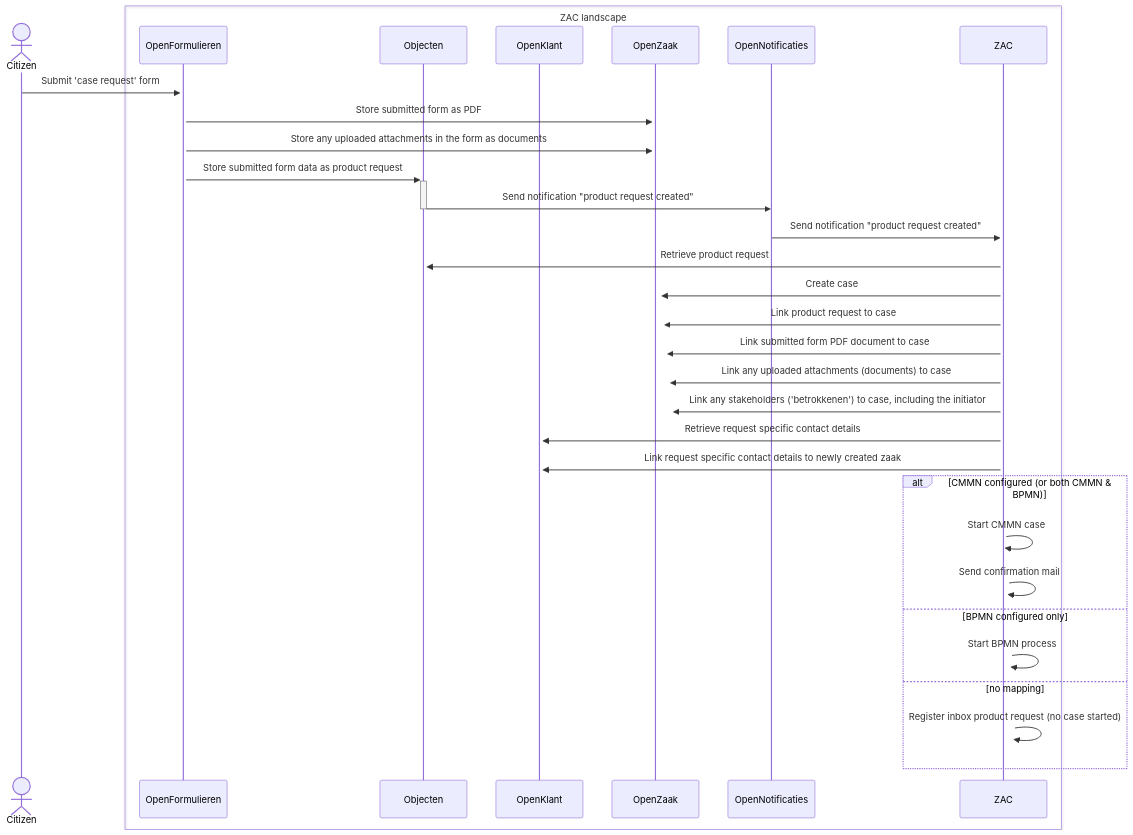
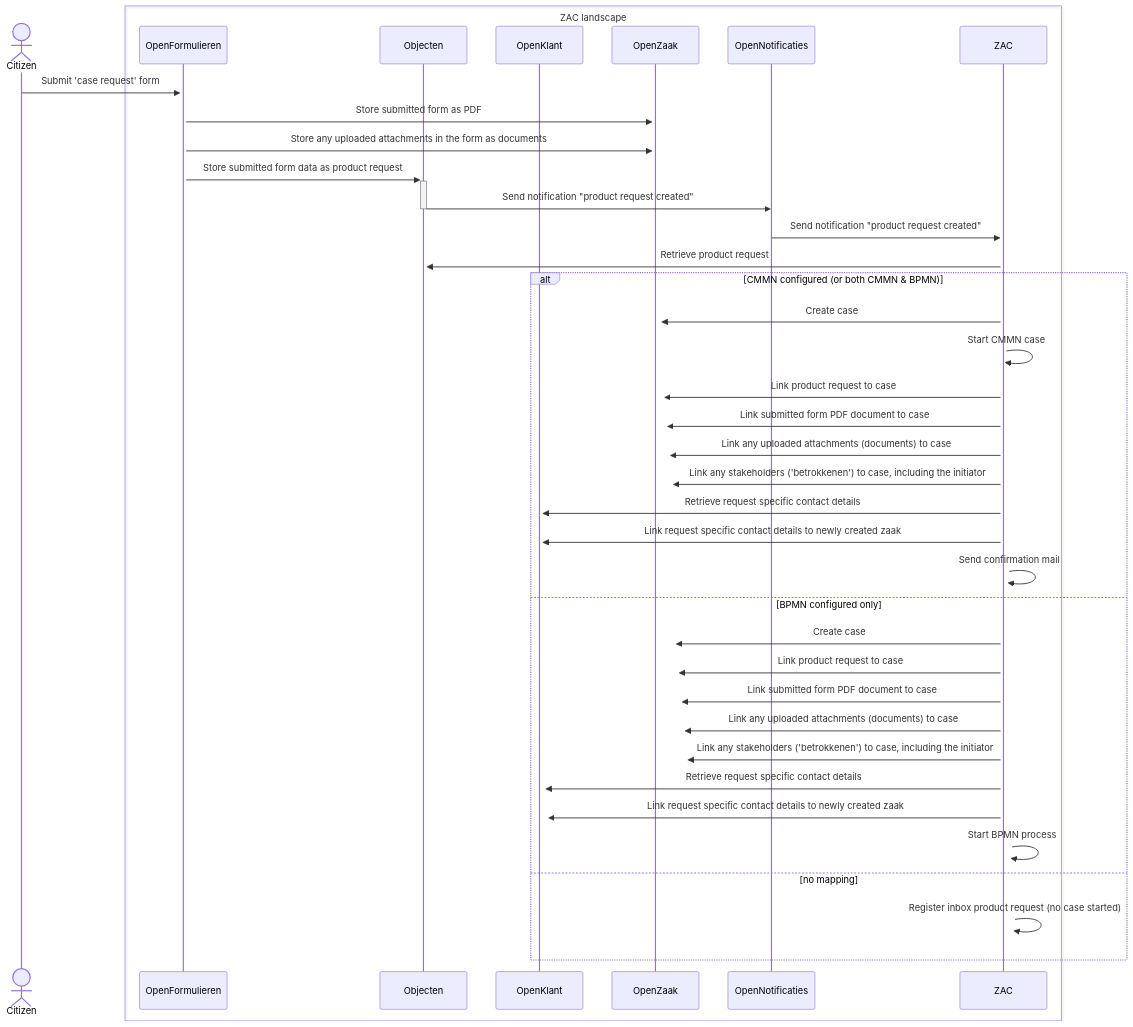
The diagram in docs/solution-architecture/productRequestSupport.md (infonl/dimpact-zaakafhandelcomponent), drawn with Mermaid before and after one commit. The commit also changed other lines of this file and 4 other files, not shown here.

````diff
--- a/docs/solution-architecture/productRequestSupport.md
+++ b/docs/solution-architecture/productRequestSupport.md
@@ -51,35 +51,42 @@
 ```mermaid
 sequenceDiagram
     actor Citizen
     box ZAC landscape
     participant OpenFormulieren
     participant Objecten
     participant OpenKlant
     participant OpenZaak
     participant OpenNotificaties
     participant ZAC
     end
 
     Citizen->>+OpenFormulieren: Submit 'case request' form
     OpenFormulieren->>+OpenZaak: Store submitted form as PDF
     OpenFormulieren->>+OpenZaak: Store any uploaded attachments in the form as documents
     OpenFormulieren->>+Objecten: Store submitted form data as product request
     Objecten->>-OpenNotificaties: Send notification "product request created"
     OpenNotificaties->>+ZAC: Send notification "product request created"
     ZAC->>+Objecten: Retrieve product request
-    ZAC->>+OpenZaak: Create case
-    ZAC->>+OpenZaak: Link product request to case
-    ZAC->>+OpenZaak: Link submitted form PDF document to case
-    ZAC->>+OpenZaak: Link any uploaded attachments (documents) to case
-    ZAC->>+OpenZaak: Link any stakeholders ('betrokkenen') to case, including the initiator
-    ZAC->>+OpenKlant: Retrieve request specific contact details
-    ZAC->>+OpenKlant: Link request specific contact details to newly created zaak
     alt CMMN configured (or both CMMN & BPMN)
+        ZAC->>+OpenZaak: Create case
         ZAC->>+ZAC: Start CMMN case
+        ZAC->>+OpenZaak: Link product request to case
+        ZAC->>+OpenZaak: Link submitted form PDF document to case
+        ZAC->>+OpenZaak: Link any uploaded attachments (documents) to case
+        ZAC->>+OpenZaak: Link any stakeholders ('betrokkenen') to case, including the initiator
+        ZAC->>+OpenKlant: Retrieve request specific contact details
+        ZAC->>+OpenKlant: Link request specific contact details to newly created zaak
         ZAC->>+ZAC: Send confirmation mail
     else BPMN configured only
+        ZAC->>+OpenZaak: Create case
+        ZAC->>+OpenZaak: Link product request to case
+        ZAC->>+OpenZaak: Link submitted form PDF document to case
+        ZAC->>+OpenZaak: Link any uploaded attachments (documents) to case
+        ZAC->>+OpenZaak: Link any stakeholders ('betrokkenen') to case, including the initiator
+        ZAC->>+OpenKlant: Retrieve request specific contact details
+        ZAC->>+OpenKlant: Link request specific contact details to newly created zaak
         ZAC->>+ZAC: Start BPMN process
     else no mapping
         ZAC->>+ZAC: Register inbox product request (no case started)
     end
 ```
````
